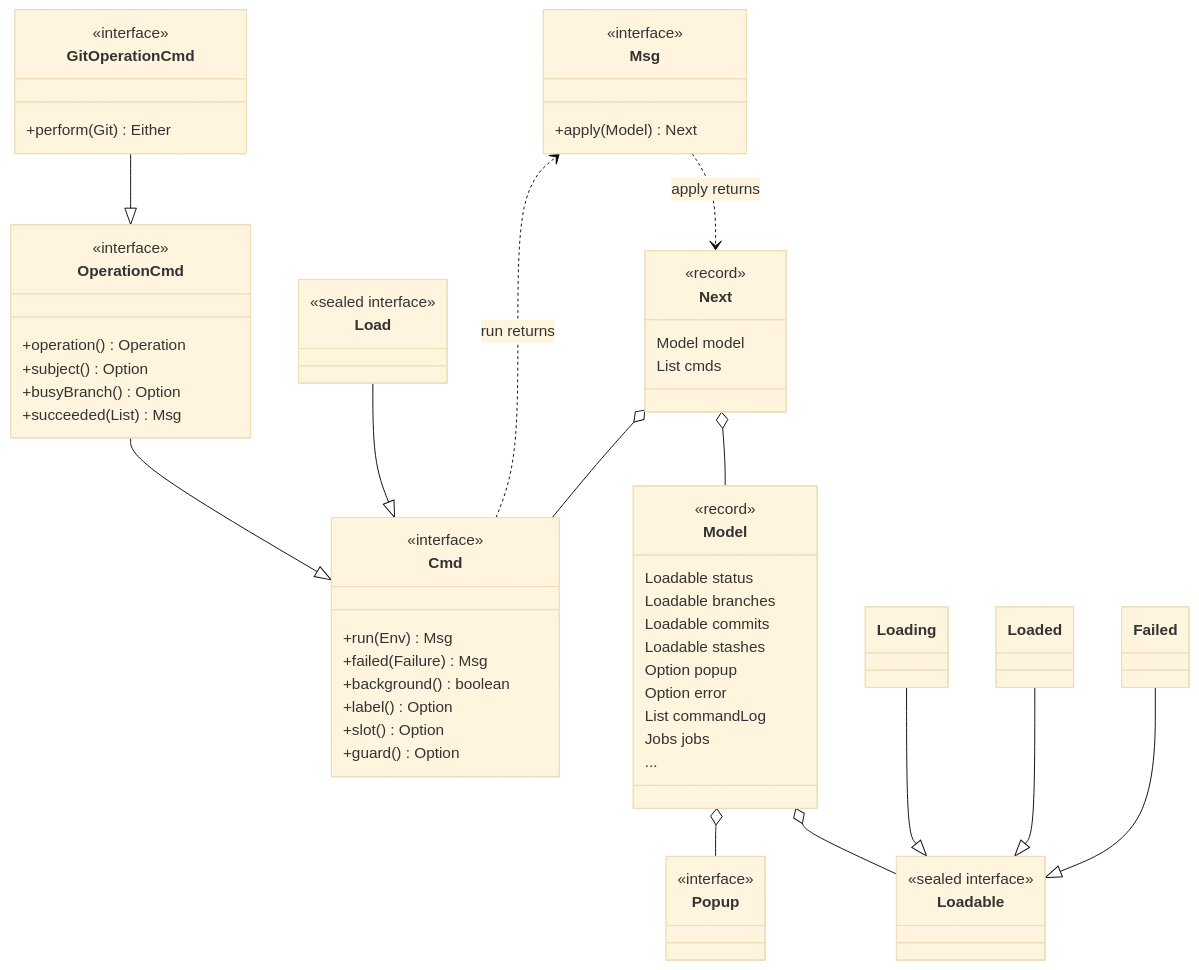
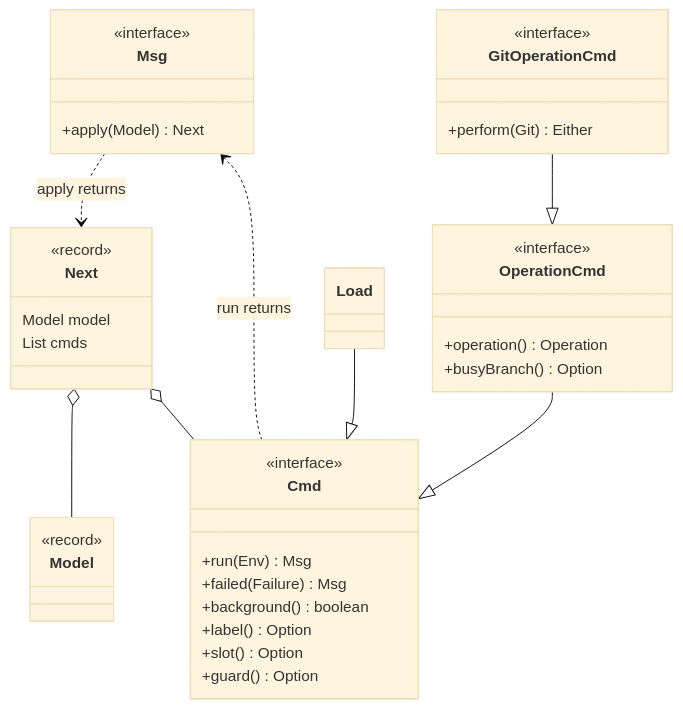
The third of 4 diagrams in ARCHITECTURE.md (cvanfleteren/jazygit), drawn with Mermaid (base theme) before and after one commit. The commit also changed other lines of this file and 1 other file, not shown here.

First line of the commit message:
ARCHITECTURE.md is a short map of the shape, not a description of features (#450)

````diff
--- a/ARCHITECTURE.md
+++ b/ARCHITECTURE.md
@@ -794,65 +144,40 @@
 ```mermaid
 classDiagram
     class Msg {
         <<interface>>
         +apply(Model) Next
     }
     class Next {
         <<record>>
         Model model
         List cmds
     }
     class Cmd {
         <<interface>>
         +run(Env) Msg
         +failed(Failure) Msg
         +background() boolean
         +label() Option
         +slot() Option
         +guard() Option
     }
-    class Load {
-        <<sealed interface>>
-    }
     class OperationCmd {
         <<interface>>
         +operation() Operation
-        +subject() Option
         +busyBranch() Option
-        +succeeded(List) Msg
     }
     class GitOperationCmd {
         <<interface>>
         +perform(Git) Either
     }
     class Model {
         <<record>>
-        Loadable status
-        Loadable branches
-        Loadable commits
-        Loadable stashes
-        Option popup
-        Option error
-        List commandLog
-        Jobs jobs
-        ...
-    }
-    class Loadable {
-        <<sealed interface>>
-    }
-    Loading --|> Loadable
-    Loaded --|> Loadable
-    Failed --|> Loadable
-    class Popup {
-        <<interface>>
     }
     Msg ..> Next : apply returns
     Next o-- Model
     Next o-- Cmd
     Load --|> Cmd
     OperationCmd --|> Cmd
     GitOperationCmd --|> OperationCmd
-    Model o-- Loadable
-    Model o-- Popup
     Cmd ..> Msg : run returns
 ```
````
